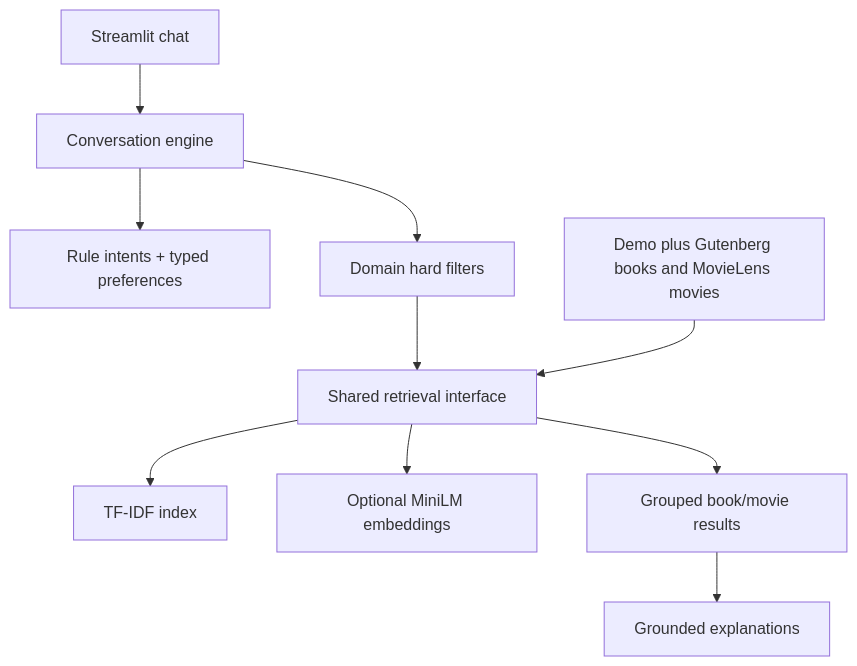
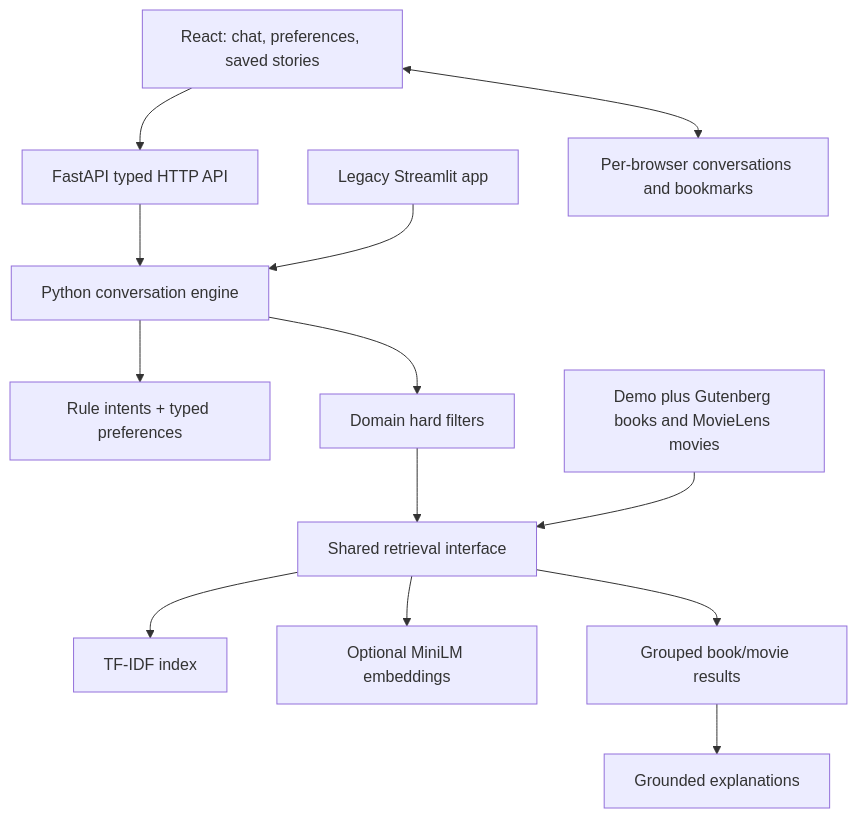
One commit to shivam2931120/StoryScout changed the diagram in docs/ARCHITECTURE.md. Above: the diagram before and after it, drawn with Mermaid. The commit also changed other lines of this file and 76 other files, not shown here.

Commit message:
Build React FastAPI app with local plot-based NLP and deployment configuration

````diff
--- a/docs/ARCHITECTURE.md
+++ b/docs/ARCHITECTURE.md
@@ -3,12 +3,15 @@
 ```mermaid
 flowchart TD
-  UI[Streamlit chat] --> C[Conversation engine]
+  UI[React: chat, preferences, saved stories] --> API[FastAPI typed HTTP API]
+  API --> C[Python conversation engine]
+  OLD[Legacy Streamlit app] --> C
+  UI <--> STATE[Per-browser conversations and bookmarks]
   C --> I[Rule intents + typed preferences]
   C --> F[Domain hard filters]
   F --> R[Shared retrieval interface]
   R --> T[TF-IDF index]
   R --> E[Optional MiniLM embeddings]
   R --> X[Grouped book/movie results]
   X --> G[Grounded explanations]
   D[Demo plus Gutenberg books and MovieLens movies] --> R
 ```
````
